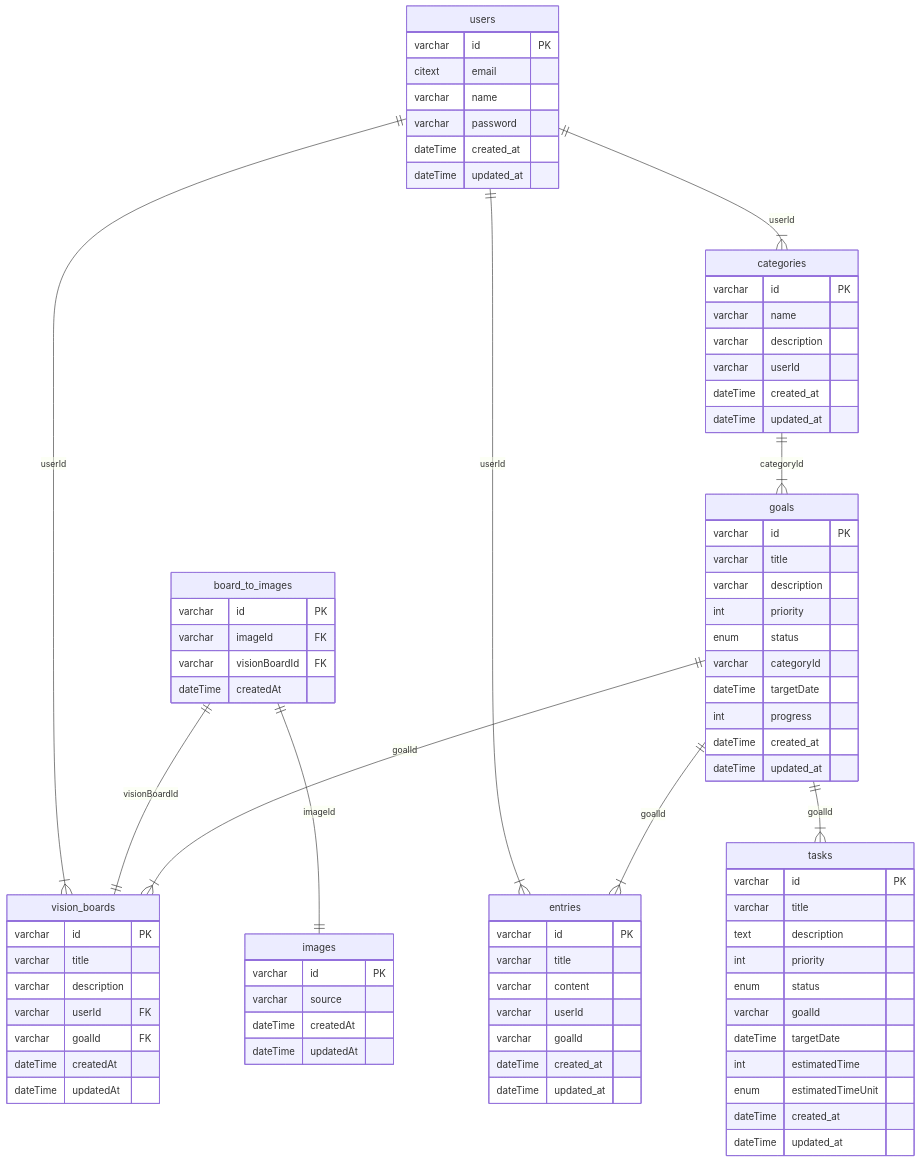
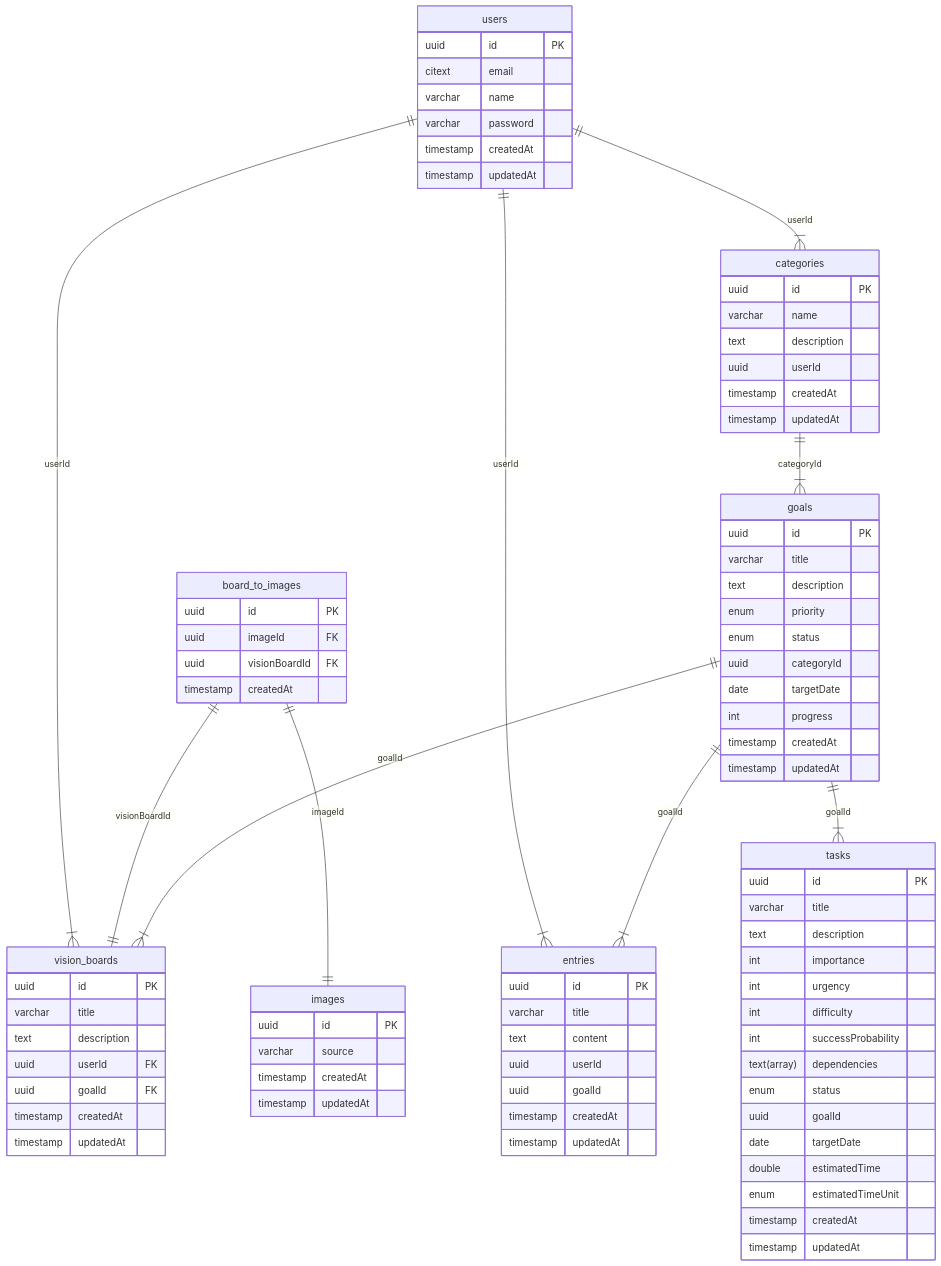
Before and after one commit to sandrvvu/BetterSelf: the diagram in README.md, drawn with Mermaid. The commit also changed 3 other files, not shown here.

Commit message:
fix: task dependencies uuid version and readme

````diff
--- a/README.md
+++ b/README.md
@@ -5,82 +5,86 @@
 ```mermaid
 erDiagram
    users {
-      varchar id PK
+      uuid id PK
       citext email
       varchar name
       varchar password
-      dateTime created_at
-      dateTime updated_at
+      timestamp createdAt
+      timestamp updatedAt
    }
 
    categories {
-      varchar id PK
+      uuid id PK
       varchar name
-      varchar description
-      varchar userId
-      dateTime created_at
-      dateTime updated_at
+      text description
+      uuid userId
+      timestamp createdAt
+      timestamp updatedAt
    }
 
    goals {
-      varchar id PK
+      uuid id PK
       varchar title
-      varchar description
-      int priority
+      text description
+      enum priority
       enum status
-      varchar categoryId
-      dateTime targetDate
+      uuid categoryId
+      date targetDate
       int progress
-      dateTime created_at
-      dateTime updated_at
+      timestamp createdAt
+      timestamp updatedAt
    }
 
    tasks {
-      varchar id PK
+      uuid id PK
       varchar title
       text description
-      int priority
+      int importance
+      int urgency
+      int difficulty
+      int successProbability
+      text(array) dependencies
       enum status
-      varchar goalId
-      dateTime targetDate
-      int estimatedTime
+      uuid goalId
+      date targetDate
+      double estimatedTime
       enum estimatedTimeUnit
-      dateTime created_at
-      dateTime updated_at
+      timestamp createdAt
+      timestamp updatedAt
    }
 
    entries {
-      varchar id PK
+      uuid id PK
       varchar title
-      varchar content
-      varchar userId
-      varchar goalId
-      dateTime created_at
-      dateTime updated_at
+      text content
+      uuid userId
+      uuid goalId
+      timestamp createdAt
+      timestamp updatedAt
    }
 
    images {
-        varchar id PK
+        uuid id PK
         varchar source
-        dateTime createdAt
-        dateTime updatedAt
+        timestamp createdAt
+        timestamp updatedAt
    }
 
    vision_boards {
-        varchar id PK
+        uuid id PK
         varchar title
-        varchar description
-        varchar userId FK
-        varchar goalId FK
-        dateTime createdAt
-        dateTime updatedAt
+        text description
+        uuid userId FK
+        uuid goalId FK
+        timestamp createdAt
+        timestamp updatedAt
    }
 
    board_to_images {
-        varchar id PK
-        varchar imageId FK
-        varchar visionBoardId FK
-        dateTime createdAt
+        uuid id PK
+        uuid imageId FK
+        uuid visionBoardId FK
+        timestamp createdAt
    }
 
    users ||--|{ categories : userId
````
